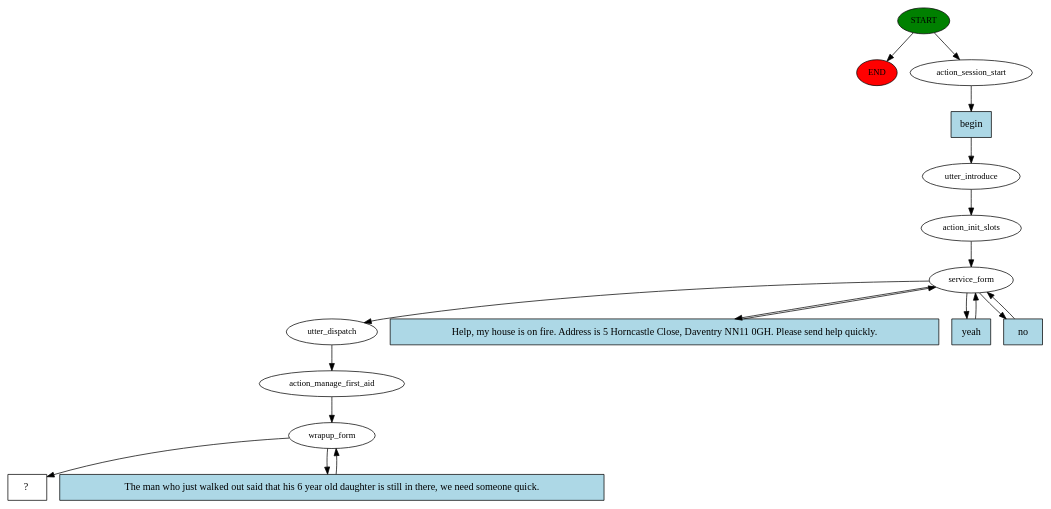
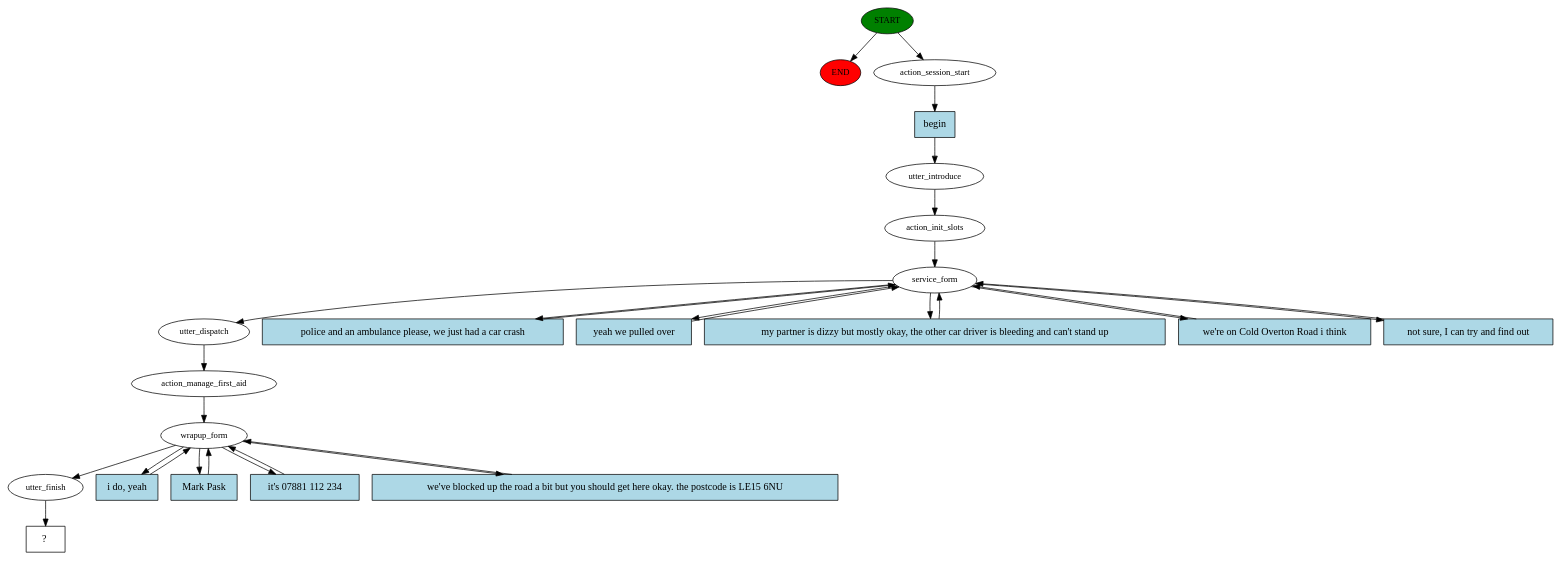
Before and after one commit to JackFarmer132/CS310Project: the diagram in chatbot/story_graph.dot, drawn with Graphviz. The commit also changed 18 other files, not shown here.

```diff
--- a/chatbot/story_graph.dot
+++ b/chatbot/story_graph.dot
@@ -1,35 +1,52 @@
 digraph  {
 0 [class="start active", fillcolor=green, fontsize=12, label=START, style=filled];
 "-1" [class=end, fillcolor=red, fontsize=12, label=END, style=filled];
 1 [class=active, fontsize=12, label=action_session_start];
 2 [class=active, fontsize=12, label=utter_introduce];
 3 [class=active, fontsize=12, label=action_init_slots];
 4 [class=active, fontsize=12, label=service_form];
-8 [class=active, fontsize=12, label=utter_dispatch];
-9 [class=active, fontsize=12, label=action_manage_first_aid];
-10 [class=active, fontsize=12, label=wrapup_form];
-12 [class="intent dashed active", label="  ?  ", shape=rect];
-13 [class="intent active", fillcolor=lightblue, label=begin, shape=rect, style=filled];
-14 [class="intent active", fillcolor=lightblue, label="Help, my house is on fire. Address is 5 Horncastle Close, Daventry NN11 0GH. Please send help quickly.", shape=rect, style=filled];
-15 [class="intent active", fillcolor=lightblue, label=yeah, shape=rect, style=filled];
-16 [class="intent active", fillcolor=lightblue, label=no, shape=rect, style=filled];
-17 [class="intent active", fillcolor=lightblue, label="The man who just walked out said that his 6 year old daughter is still in there, we need someone quick.", shape=rect, style=filled];
+10 [class=active, fontsize=12, label=utter_dispatch];
+11 [class=active, fontsize=12, label=action_manage_first_aid];
+12 [class=active, fontsize=12, label=wrapup_form];
+17 [class=active, fontsize=12, label=utter_finish];
+18 [class="intent dashed active", label="  ?  ", shape=rect];
+19 [class="intent active", fillcolor=lightblue, label=begin, shape=rect, style=filled];
+20 [class="intent active", fillcolor=lightblue, label="police and an ambulance please, we just had a car crash", shape=rect, style=filled];
+21 [class="intent active", fillcolor=lightblue, label="yeah we pulled over", shape=rect, style=filled];
+22 [class="intent active", fillcolor=lightblue, label="my partner is dizzy but mostly okay, the other car driver is bleeding and can't stand up", shape=rect, style=filled];
+23 [class="intent active", fillcolor=lightblue, label="we're on Cold Overton Road i think", shape=rect, style=filled];
+24 [class="intent active", fillcolor=lightblue, label="not sure, I can try and find out", shape=rect, style=filled];
+25 [class="intent active", fillcolor=lightblue, label="i do, yeah", shape=rect, style=filled];
+26 [class="intent active", fillcolor=lightblue, label="Mark Pask", shape=rect, style=filled];
+27 [class="intent active", fillcolor=lightblue, label="it's 07881 112 234", shape=rect, style=filled];
+28 [class="intent active", fillcolor=lightblue, label="we've blocked up the road a bit but you should get here okay. the postcode is LE15 6NU", shape=rect, style=filled];
 0 -> "-1"  [class="", key=NONE, label=""];
 0 -> 1  [class=active, key=NONE, label=""];
-1 -> 13  [class=active, key=0];
+1 -> 19  [class=active, key=0];
 2 -> 3  [class=active, key=NONE, label=""];
 3 -> 4  [class=active, key=NONE, label=""];
-4 -> 8  [class=active, key=NONE, label=""];
-4 -> 14  [class=active, key=0];
-4 -> 15  [class=active, key=0];
-4 -> 16  [class=active, key=0];
-8 -> 9  [class=active, key=NONE, label=""];
-9 -> 10  [class=active, key=NONE, label=""];
-10 -> 12  [class=active, key=NONE, label=""];
-10 -> 17  [class=active, key=0];
-13 -> 2  [class=active, key=0];
-14 -> 4  [class=active, key=0];
-15 -> 4  [class=active, key=0];
-16 -> 4  [class=active, key=0];
-17 -> 10  [class=active, key=0];
+4 -> 10  [class=active, key=NONE, label=""];
+4 -> 20  [class=active, key=0];
+4 -> 21  [class=active, key=0];
+4 -> 22  [class=active, key=0];
+4 -> 23  [class=active, key=0];
+4 -> 24  [class=active, key=0];
+10 -> 11  [class=active, key=NONE, label=""];
+11 -> 12  [class=active, key=NONE, label=""];
+12 -> 17  [class=active, key=NONE, label=""];
+12 -> 25  [class=active, key=0];
+12 -> 26  [class=active, key=0];
+12 -> 27  [class=active, key=0];
+12 -> 28  [class=active, key=0];
+17 -> 18  [class=active, key=NONE, label=""];
+19 -> 2  [class=active, key=0];
+20 -> 4  [class=active, key=0];
+21 -> 4  [class=active, key=0];
+22 -> 4  [class=active, key=0];
+23 -> 4  [class=active, key=0];
+24 -> 4  [class=active, key=0];
+25 -> 12  [class=active, key=0];
+26 -> 12  [class=active, key=0];
+27 -> 12  [class=active, key=0];
+28 -> 12  [class=active, key=0];
 }
```
